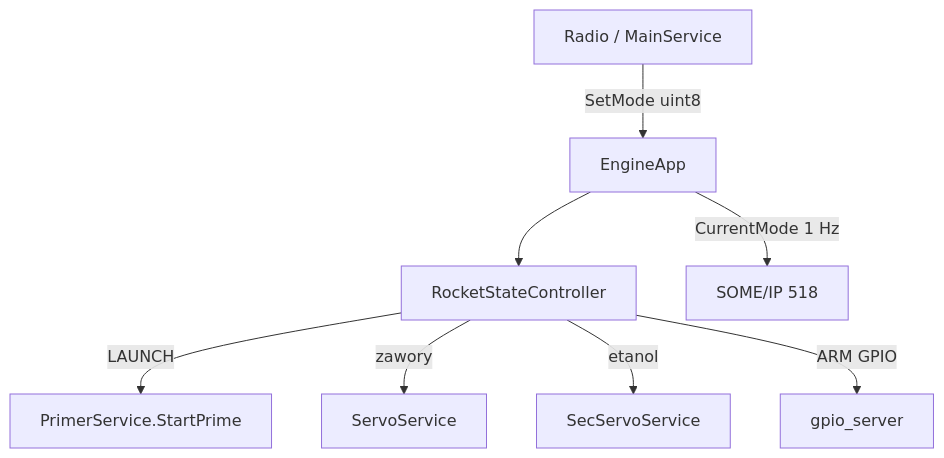
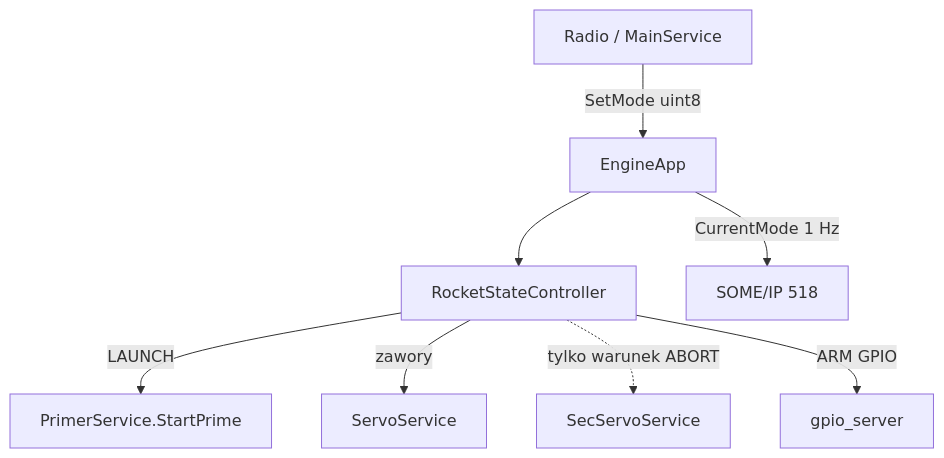
The first of 2 diagrams in apps/ec/engine_service/README.md (Simba-Avionic/srp), drawn with Mermaid before and after one commit. The commit also changed other lines of this file, not shown here.

Commit message:
docs(engine_service): fix README inaccuracies

````diff
--- a/apps/ec/engine_service/README.md
+++ b/apps/ec/engine_service/README.md
@@ -29,10 +29,10 @@
 ```mermaid
 flowchart TB
   Radio[Radio / MainService] -->|SetMode uint8| Eng[EngineApp]
   Eng --> FSM[RocketStateController]
   FSM -->|LAUNCH| Primer[PrimerService.StartPrime]
   FSM -->|zawory| Servo[ServoService]
-  FSM -->|etanol| SecServo[SecServoService]
+  FSM -.->|tylko warunek ABORT| SecServo[SecServoService]
   FSM -->|ARM GPIO| GPIO[gpio_server]
   Eng -->|CurrentMode 1 Hz| SOMEIP[SOME/IP 518]
 ```
````
